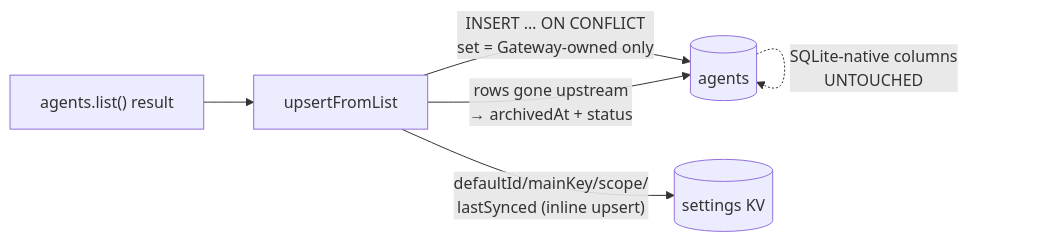
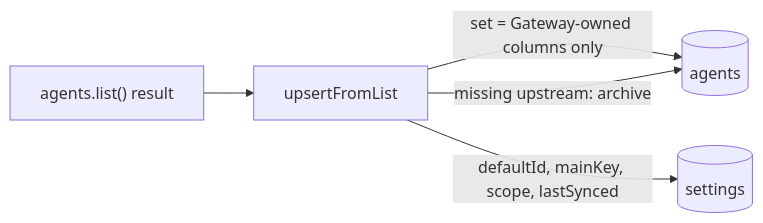
One commit to clawboo/clawboo changed the second of 2 diagrams in docs/internals/agent-source.md. Above: the diagram before and after it, drawn with Mermaid. The commit also changed other lines of this file and 81 other files, not shown here.

````diff
--- a/docs/internals/agent-source.md
+++ b/docs/internals/agent-source.md
@@ -175,8 +172,7 @@
 ```mermaid
 flowchart LR
     L["agents.list() result"] --> U[upsertFromList]
-    U -->|"INSERT … ON CONFLICT<br/>set = Gateway-owned only"| A[(agents)]
-    U -->|"rows gone upstream<br/>→ archivedAt + status"| A
-    U -->|"defaultId/mainKey/scope/<br/>lastSynced (inline upsert)"| S[(settings KV)]
-    A -.->|"SQLite-native columns<br/>UNTOUCHED"| A
+    U -->|"set = Gateway-owned columns only"| A[(agents)]
+    U -->|"missing upstream: archive"| A
+    U -->|"defaultId, mainKey, scope, lastSynced"| S[(settings)]
 ```
````
